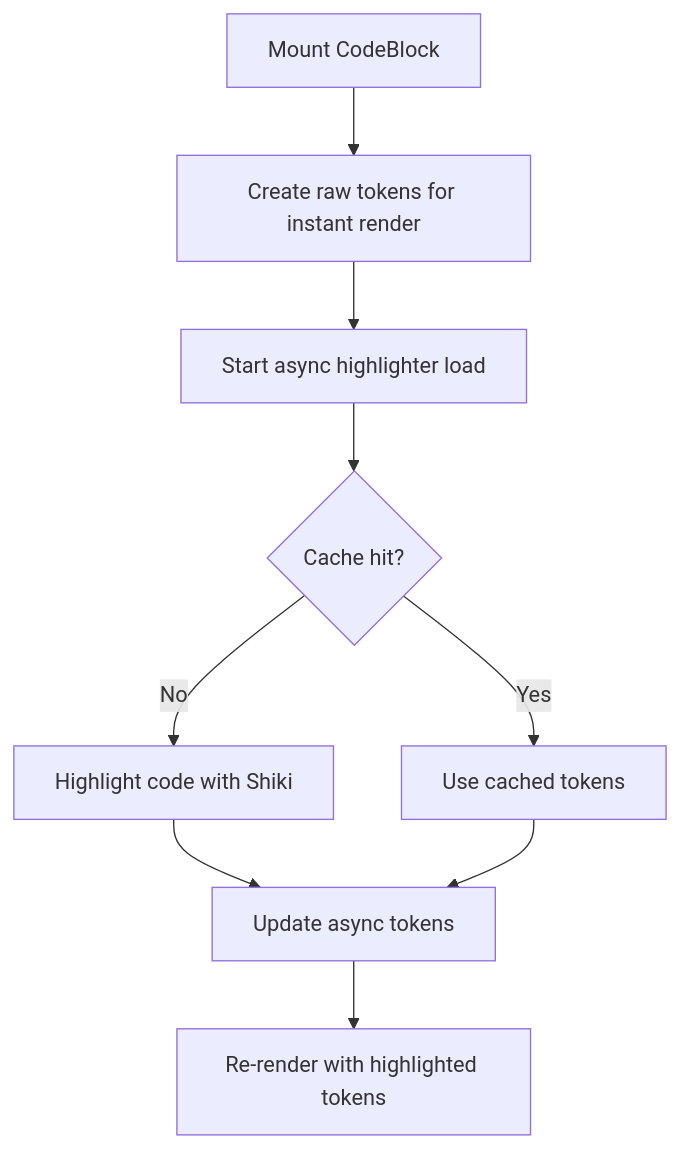
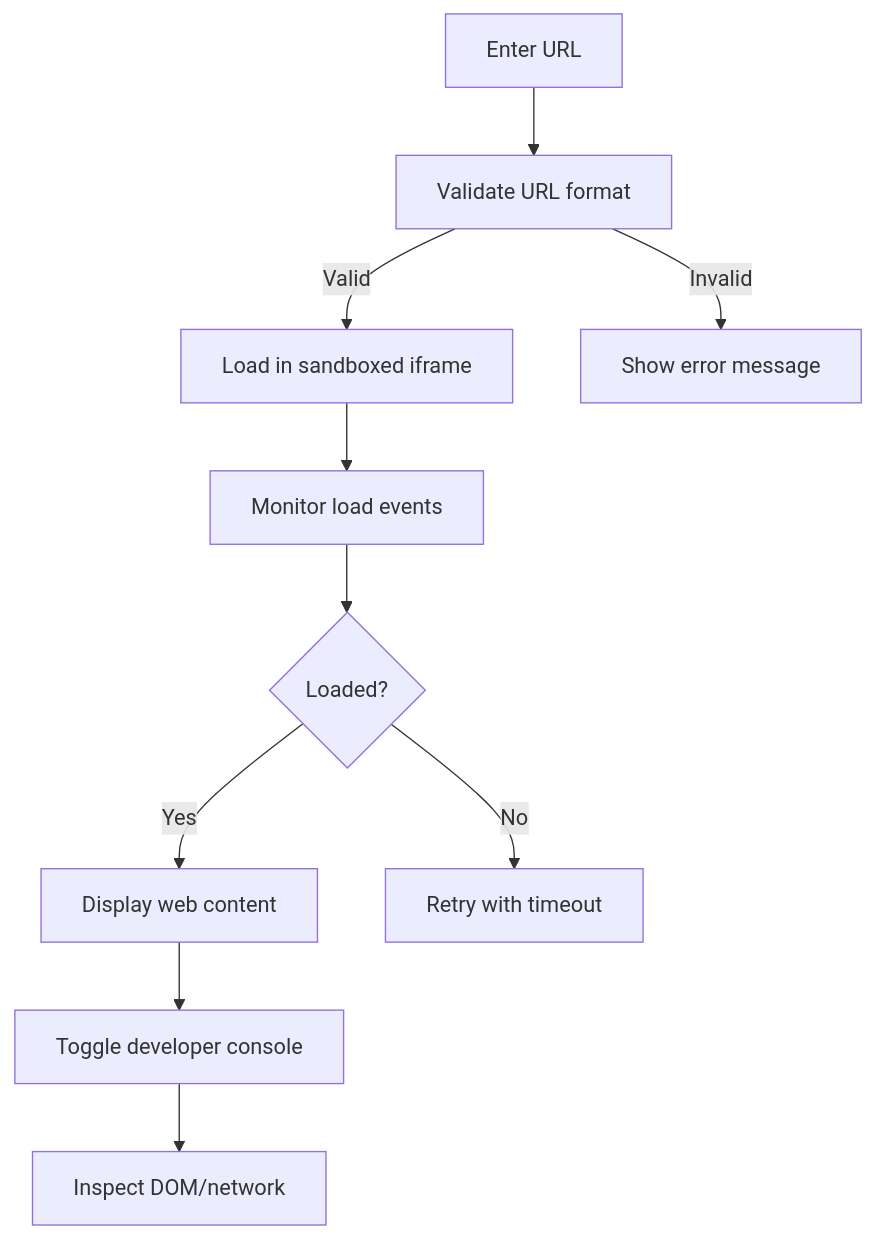
The sixth of 8 diagrams in .qoder/repowiki/en/content/AI Integration/AI Elements Interface.md (MudassarAbrar/FreshRoute-Ai), drawn with Mermaid before and after one commit. The commit also changed other lines of this file and 105 other files, not shown here.

````diff
--- a/.qoder/repowiki/en/content/AI Integration/AI Elements Interface.md
+++ b/.qoder/repowiki/en/content/AI Integration/AI Elements Interface.md
@@ -306,11 +386,12 @@
 ```mermaid
 flowchart TD
-Init["Mount CodeBlock"] --> Raw["Create raw tokens for instant render"]
-Raw --> AsyncStart["Start async highlighter load"]
-AsyncStart --> CacheCheck{"Cache hit?"}
-CacheCheck --> |Yes| UseCached["Use cached tokens"]
-CacheCheck --> |No| Highlight["Highlight code with Shiki"]
-Highlight --> Update["Update async tokens"]
-UseCached --> Update
-Update --> Render["Re-render with highlighted tokens"]
+URL["Enter URL"] --> Validate["Validate URL format"]
+Validate --> |Valid| Load["Load in sandboxed iframe"]
+Validate --> |Invalid| Error["Show error message"]
+Load --> Monitor["Monitor load events"]
+Monitor --> Ready{"Loaded?"}
+Ready --> |Yes| Display["Display web content"]
+Ready --> |No| Retry["Retry with timeout"]
+Display --> Console["Toggle developer console"]
+Console --> Inspect["Inspect DOM/network"]
 ```
````
